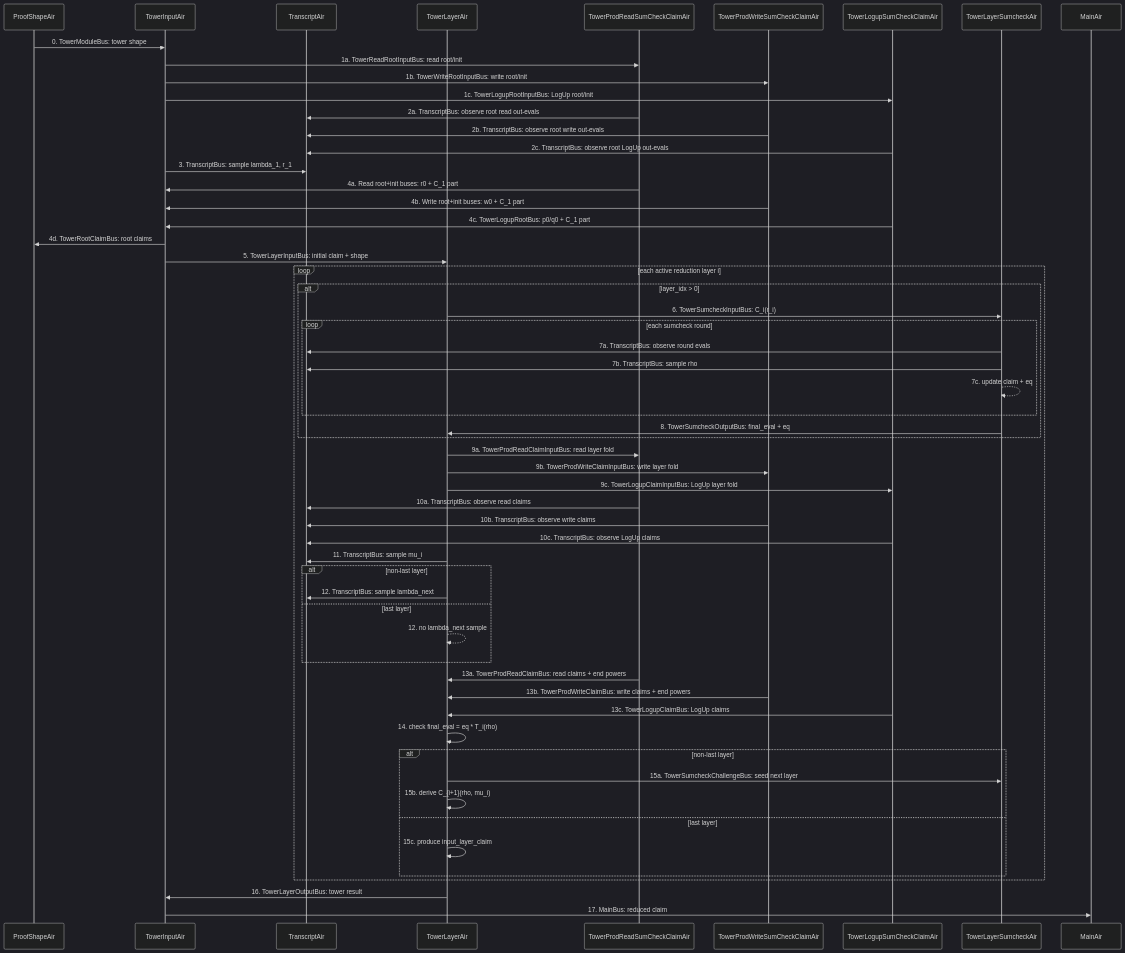
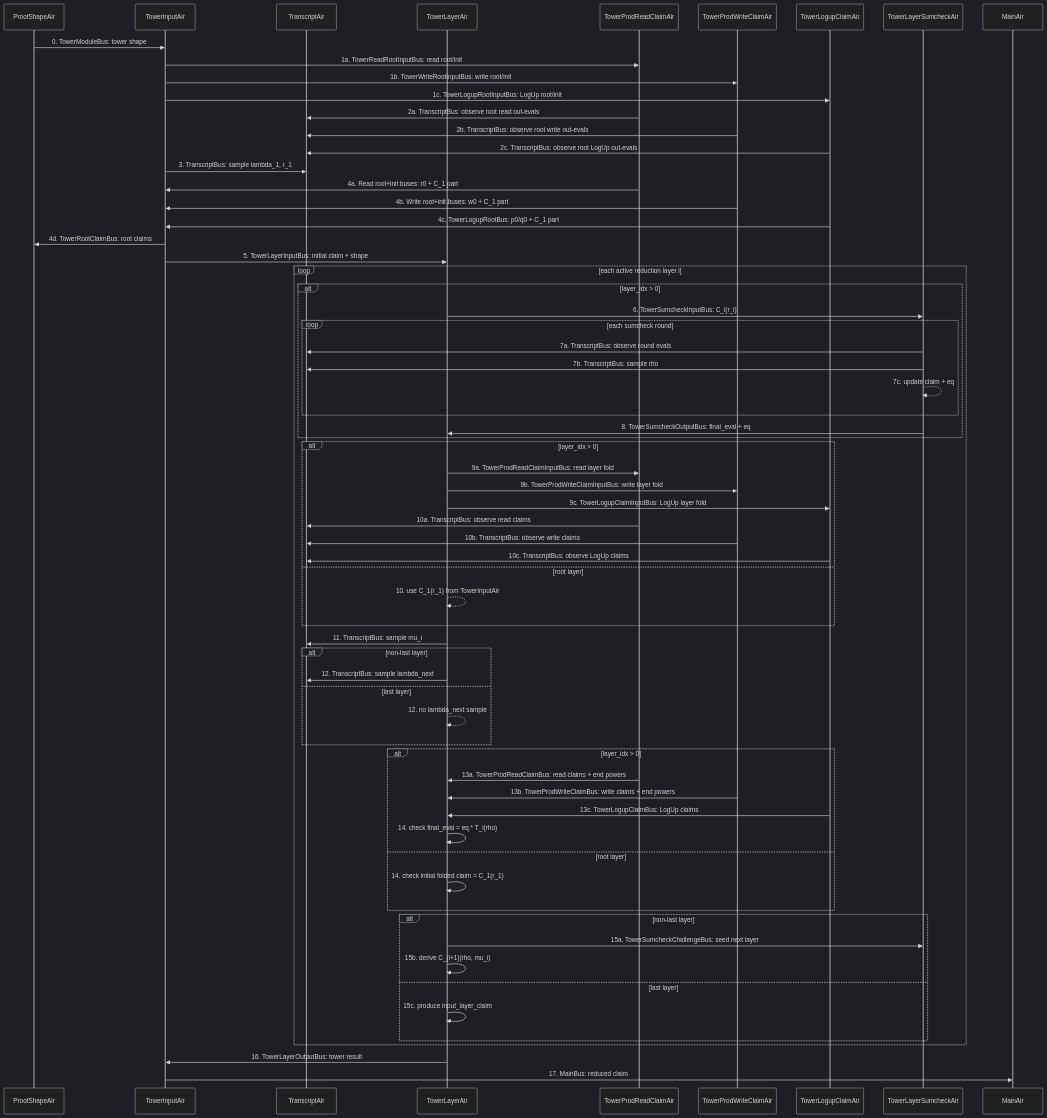
The second of 2 diagrams in ceno_recursion_v2/docs/tower_module_design.md (scroll-tech/ceno), drawn with Mermaid (dark theme) before and after one commit. The commit also changed other lines of this file and 15 other files, not shown here.

Commit message:
Align tower layer claim flow

````diff
--- a/ceno_recursion_v2/docs/tower_module_design.md
+++ b/ceno_recursion_v2/docs/tower_module_design.md
@@ -455,67 +455,75 @@
 ```mermaid
 sequenceDiagram
     participant PS as ProofShapeAir
     participant TI as TowerInputAir
     participant TR as TranscriptAir
     participant TL as TowerLayerAir
-    participant PR as TowerProdReadSumCheckClaimAir
-    participant PW as TowerProdWriteSumCheckClaimAir
-    participant LU as TowerLogupSumCheckClaimAir
+    participant PR as TowerProdReadClaimAir
+    participant PW as TowerProdWriteClaimAir
+    participant LU as TowerLogupClaimAir
     participant SC as TowerLayerSumcheckAir
     participant M as MainAir
 
     PS->>TI: 0. TowerModuleBus: tower shape
     TI->>PR: 1a. TowerReadRootInputBus: read root/init
     TI->>PW: 1b. TowerWriteRootInputBus: write root/init
     TI->>LU: 1c. TowerLogupRootInputBus: LogUp root/init
     PR->>TR: 2a. TranscriptBus: observe root read out-evals
     PW->>TR: 2b. TranscriptBus: observe root write out-evals
     LU->>TR: 2c. TranscriptBus: observe root LogUp out-evals
     TI->>TR: 3. TranscriptBus: sample lambda_1, r_1
     PR->>TI: 4a. Read root+init buses: r0 + C_1 part
     PW->>TI: 4b. Write root+init buses: w0 + C_1 part
     LU->>TI: 4c. TowerLogupRootBus: p0/q0 + C_1 part
     TI->>PS: 4d. TowerRootClaimBus: root claims
     TI->>TL: 5. TowerLayerInputBus: initial claim + shape
 
     loop each active reduction layer i
         alt layer_idx > 0
             TL->>SC: 6. TowerSumcheckInputBus: C_i(r_i)
             loop each sumcheck round
                 SC->>TR: 7a. TranscriptBus: observe round evals
                 SC->>TR: 7b. TranscriptBus: sample rho
                 SC-->>SC: 7c. update claim + eq
             end
             SC->>TL: 8. TowerSumcheckOutputBus: final_eval + eq
         end
 
-        TL->>PR: 9a. TowerProdReadClaimInputBus: read layer fold
-        TL->>PW: 9b. TowerProdWriteClaimInputBus: write layer fold
-        TL->>LU: 9c. TowerLogupClaimInputBus: LogUp layer fold
-        PR->>TR: 10a. TranscriptBus: observe read claims
-        PW->>TR: 10b. TranscriptBus: observe write claims
-        LU->>TR: 10c. TranscriptBus: observe LogUp claims
+        alt layer_idx > 0
+            TL->>PR: 9a. TowerProdReadClaimInputBus: read layer fold
+            TL->>PW: 9b. TowerProdWriteClaimInputBus: write layer fold
+            TL->>LU: 9c. TowerLogupClaimInputBus: LogUp layer fold
+            PR->>TR: 10a. TranscriptBus: observe read claims
+            PW->>TR: 10b. TranscriptBus: observe write claims
+            LU->>TR: 10c. TranscriptBus: observe LogUp claims
+        else root layer
+            TL-->>TL: 10. use C_1(r_1) from TowerInputAir
+        end
         TL->>TR: 11. TranscriptBus: sample mu_i
 
         alt non-last layer
             TL->>TR: 12. TranscriptBus: sample lambda_next
         else last layer
             TL-->>TL: 12. no lambda_next sample
         end
 
-        PR->>TL: 13a. TowerProdReadClaimBus: read claims + end powers
-        PW->>TL: 13b. TowerProdWriteClaimBus: write claims + end powers
-        LU->>TL: 13c. TowerLogupClaimBus: LogUp claims
-        TL->>TL: 14. check final_eval = eq * T_i(rho)
+        alt layer_idx > 0
+            PR->>TL: 13a. TowerProdReadClaimBus: read claims + end powers
+            PW->>TL: 13b. TowerProdWriteClaimBus: write claims + end powers
+            LU->>TL: 13c. TowerLogupClaimBus: LogUp claims
+            TL->>TL: 14. check final_eval = eq * T_i(rho)
+        else root layer
+            TL->>TL: 14. check initial folded claim = C_1(r_1)
+        end
 
         alt non-last layer
             TL->>SC: 15a. TowerSumcheckChallengeBus: seed next layer
             TL->>TL: 15b. derive C_{i+1}(rho, mu_i)
         else last layer
             TL->>TL: 15c. produce input_layer_claim
         end
     end
 
     TL->>TI: 16. TowerLayerOutputBus: tower result
     TI->>M: 17. MainBus: reduced claim
 ```
````
